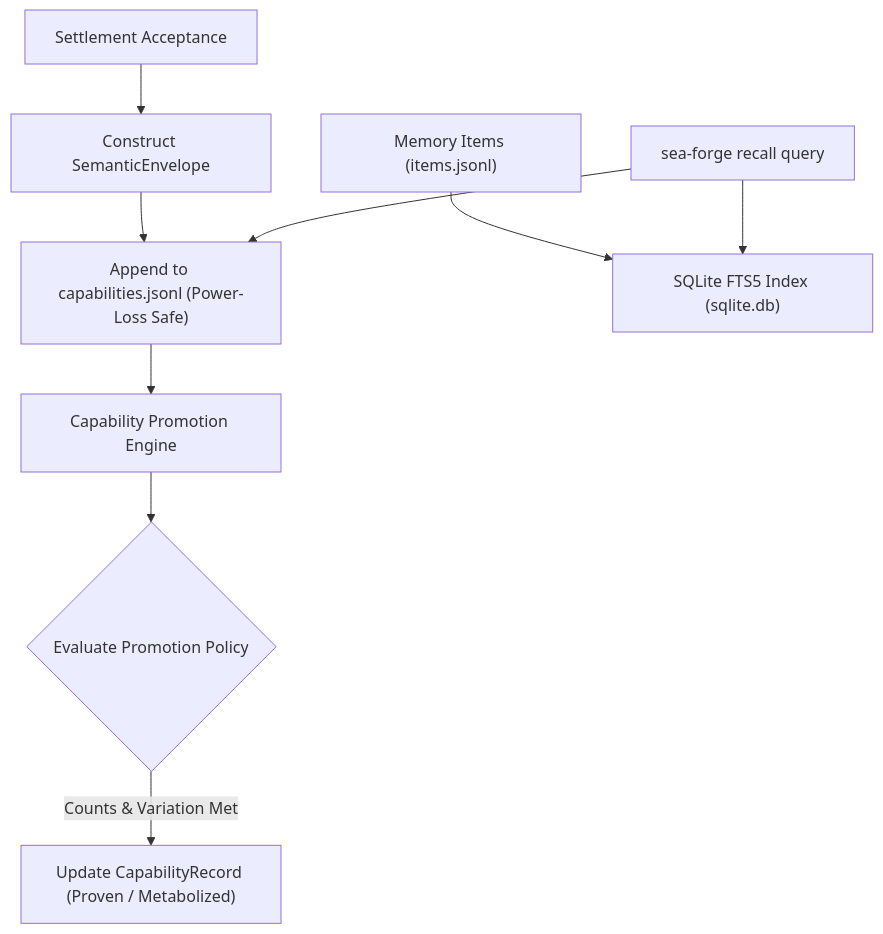
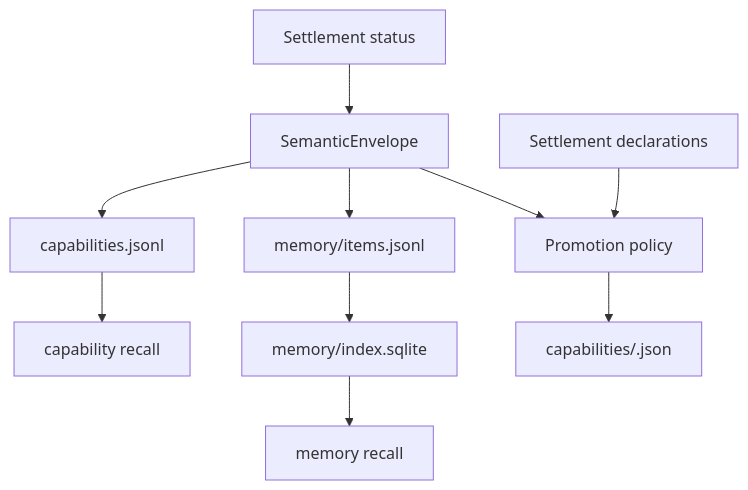
The diagram in docs/subsystems/capability-memory.md (GodSpeedAI/SEA-Forge), drawn with Mermaid before and after one commit. The commit also changed other lines of this file and 40 other files, not shown here.

First line of the commit message:
docs: refresh SEA-Forge documentation and add governed-run explainer (#49)

````diff
--- a/docs/subsystems/capability-memory.md
+++ b/docs/subsystems/capability-memory.md
@@ -33,11 +31,12 @@
 ```mermaid
 flowchart TB
-    SETTLE["Settlement Acceptance"] --> ENV["Construct SemanticEnvelope"]
-    ENV --> APPEND["Append to capabilities.jsonl (Power-Loss Safe)"]
-    APPEND --> PROMO["Capability Promotion Engine"]
-    PROMO --> TIERS{"Evaluate Promotion Policy"}
-    TIERS -->|Counts & Variation Met| RECORD["Update CapabilityRecord (Proven / Metabolized)"]
-    
-    ITEMS["Memory Items (items.jsonl)"] --> FTS["SQLite FTS5 Index (sqlite.db)"]
-    RECALL["sea-forge recall query"] --> FTS & APPEND
+    SET["Settlement status"] --> ENV["SemanticEnvelope"]
+    ENV --> CAP["capabilities.jsonl"]
+    ENV --> ITEMS["memory/items.jsonl"]
+    ITEMS --> IDX["memory/index.sqlite"]
+    DECL["Settlement declarations"] --> PROMO["Promotion policy"]
+    ENV --> PROMO
+    PROMO --> REC["capabilities/<name>.json"]
+    IDX --> RECALL["memory recall"]
+    CAP --> RCL["capability recall"]
 ```
````
